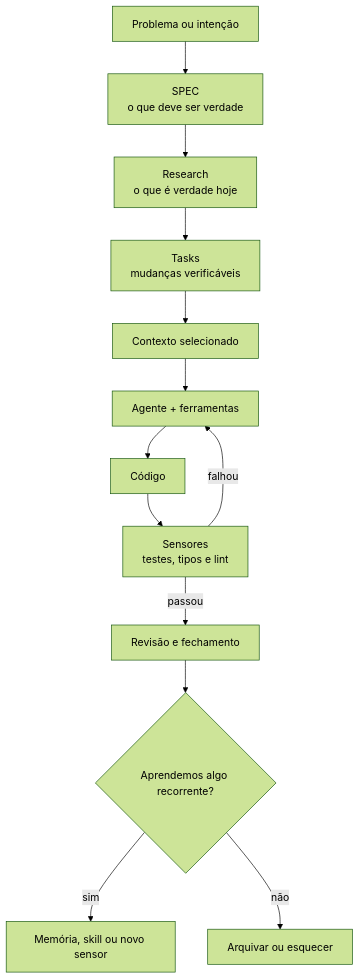
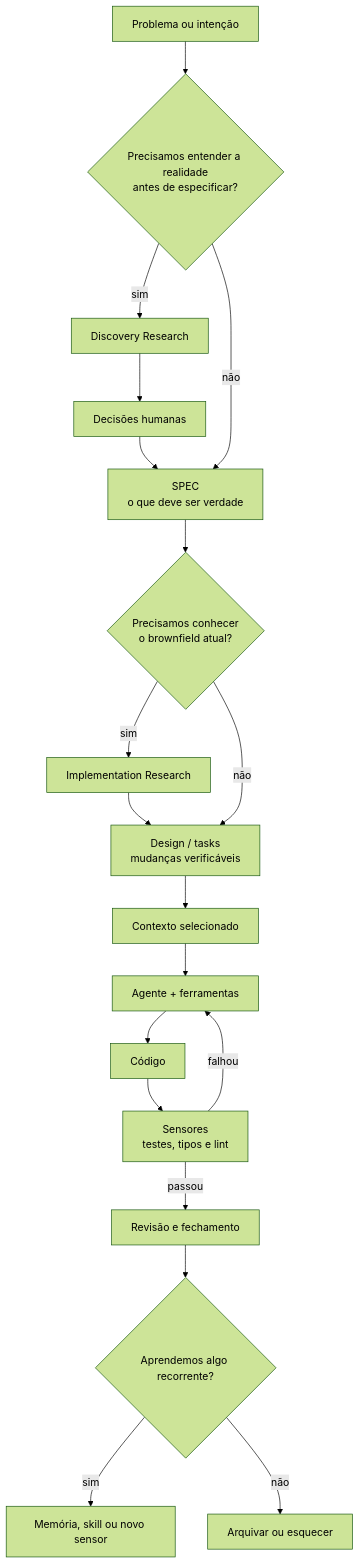
Before and after one commit to Erick-Marinho/do-zero-ao-agente: the diagram in docs/livro/README.md, drawn with Mermaid (forest theme). The commit also changed other lines of this file and 13 other files, not shown here.

````diff
--- a/docs/livro/README.md
+++ b/docs/livro/README.md
@@ -103,15 +106,21 @@
 ```mermaid
 flowchart TD
-    A[Problema ou intenção] --> B[SPEC<br/>o que deve ser verdade]
-    B --> C[Research<br/>o que é verdade hoje]
-    C --> D[Tasks<br/>mudanças verificáveis]
+    A[Problema ou intenção] --> Q{Precisamos entender a realidade<br/>antes de especificar?}
+    Q -->|sim| DR[Discovery Research]
+    DR --> HD[Decisões humanas]
+    HD --> B[SPEC<br/>o que deve ser verdade]
+    Q -->|não| B
+    B --> QB{Precisamos conhecer<br/>o brownfield atual?}
+    QB -->|sim| BR[Implementation Research]
+    BR --> D[Design / tasks<br/>mudanças verificáveis]
+    QB -->|não| D
     D --> E[Contexto selecionado]
     E --> F[Agente + ferramentas]
     F --> G[Código]
     G --> H[Sensores<br/>testes, tipos e lint]
     H -->|falhou| F
     H -->|passou| I[Revisão e fechamento]
     I --> J{Aprendemos algo recorrente?}
     J -->|sim| K[Memória, skill ou novo sensor]
     J -->|não| L[Arquivar ou esquecer]
 ```
````
